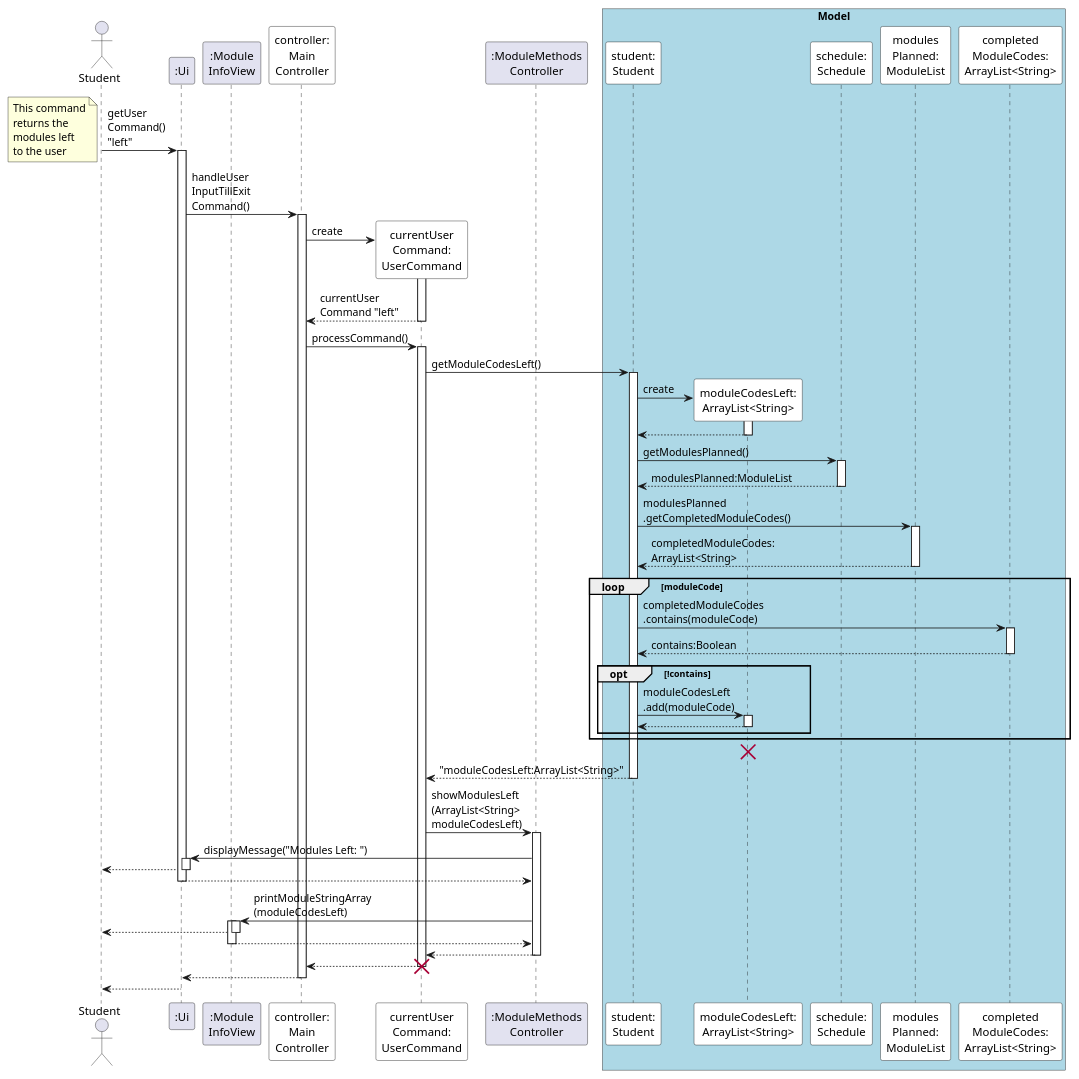
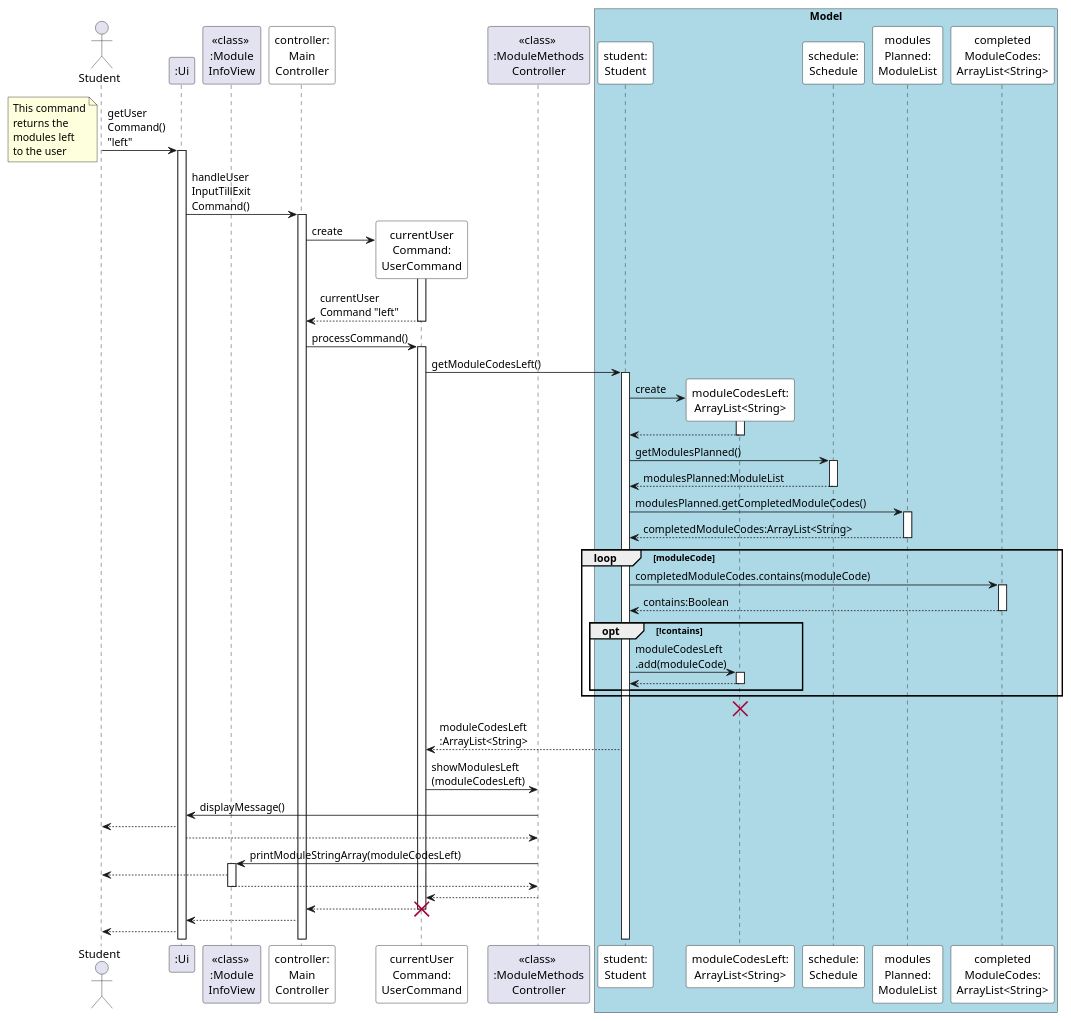
One commit to ryanlohyr/NUSDegs changed the diagram in docs/diagrams/LeftFeature.puml. Above: the diagram before and after it, drawn with PlantUML. The commit also changed 5 other files, not shown here.

```diff
--- a/docs/diagrams/LeftFeature.puml
+++ b/docs/diagrams/LeftFeature.puml
@@ -1,109 +1,120 @@
 @startuml
 'https://plantuml.com/sequence-diagram
 
 'autonumber
-autoactivate on
+'autoactivate on
 
 actor Student
 
 participant ":Ui" as UI
-participant ":Module\nInfoView" as MIV
+participant "<<class>> \n:Module\nInfoView" as MIV
 
 
 Student -> UI: getUser\nCommand() \n"left"
+activate UI
 note bottom
 This command
 returns the
 modules left
 to the user
 end note
 
 participant "controller:\nMain\nController" as MC #white
 
 UI -> MC: handleUser\nInputTillExit\nCommand()
+activate MC
 
 participant "currentUser\nCommand:\nUserCommand" as UC #white
 
-participant ":ModuleMethods\nController" as MMC
+participant "<<class>> \n:ModuleMethods\nController" as MMC
 
 
 MC -> UC **: create
 activate UC
 UC --> MC: currentUser\nCommand "left"
+deactivate UC
 
 MC -> UC: processCommand()
+activate UC
 
 box "Model" #LightBlue
 participant "student:\nStudent" as S #white
 participant "moduleCodesLeft:\nArrayList<String>" as MCL #white
 participant "schedule:\nSchedule" as SCH #white
 participant "modules\nPlanned:\nModuleList" as MP #white
 participant "completed\nModuleCodes:\nArrayList<String>" as CMC #white
 end box
 
 
-
 UC -> S: getModuleCodesLeft()
+activate S
 
 
 'create moduleCodesLeft
 S -> MCL **: create
 activate MCL
 MCL --> S
-
+deactivate MCL
 
 
 'schedule.getModulesPlanned().getCompletedModuleCodes()
 S -> SCH: getModulesPlanned()
+activate SCH
 SCH --> S: modulesPlanned:ModuleList
+deactivate SCH
 
 
-S -> MP: modulesPlanned\n.getCompletedModuleCodes()
-MP --> S: completedModuleCodes:\nArrayList<String>
-
+S -> MP: modulesPlanned.getCompletedModuleCodes()
+activate MP
+MP --> S: completedModuleCodes:ArrayList<String>
+deactivate MP
 
 
 loop moduleCode
 
-    S -> CMC: completedModuleCodes\n.contains(moduleCode)
+    S -> CMC: completedModuleCodes.contains(moduleCode)
+    activate CMC
     CMC --> S: contains:Boolean
+    deactivate CMC
 
     opt !contains
         'moduleCodesLeft.add(moduleCode)
         S -> MCL: moduleCodesLeft\n.add(moduleCode)
+        activate MCL
         MCL --> S
+        deactivate MCL
     end
 
 end
 
 destroy MCL
 
-S --> UC: "moduleCodesLeft:ArrayList<String>"
+S --> UC: moduleCodesLeft\n:ArrayList<String>
 
 
-UC -> MMC: showModulesLeft\n(ArrayList<String> \nmoduleCodesLeft)
+UC -> MMC: showModulesLeft\n(moduleCodesLeft)
 
-MMC -> UI: displayMessage("Modules Left: ")
+MMC -> UI: displayMessage()
 UI --> Student
 UI --> MMC
 
 
-MMC -> MIV: printModuleStringArray\n(moduleCodesLeft)
+MMC -> MIV: printModuleStringArray(moduleCodesLeft)
 activate MIV
 MIV --> Student
 MIV --> MMC
 deactivate MIV
 
 
 MMC --> UC
 
 UC --> MC
 destroy UC
 
 
 MC --> UI
 UI --> Student
 
 
 
 @enduml
```
